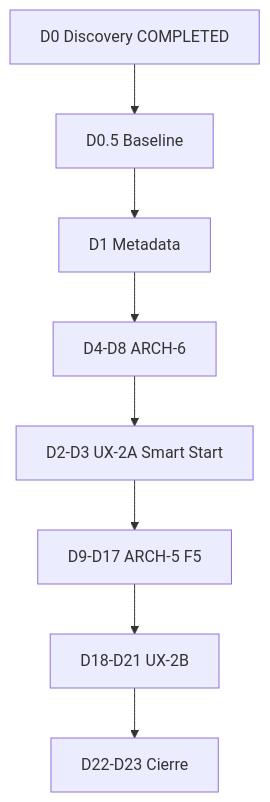
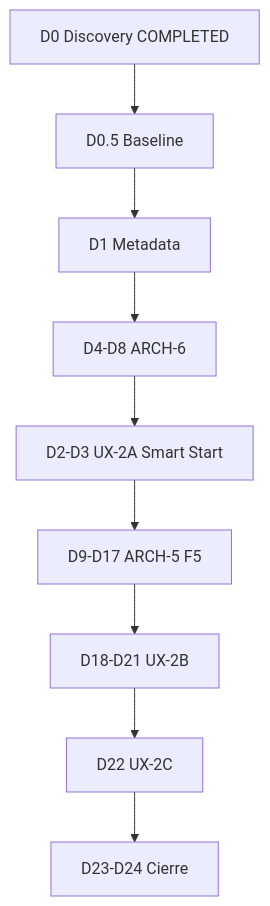
One commit to ssalguero/scientific-graph-ai changed the second of 2 diagrams in PROJECT_DISCOVERY_PROD_2D.md. Above: the diagram before and after it, drawn with Mermaid. The commit also changed other lines of this file and 24 other files, not shown here.

````diff
--- a/PROJECT_DISCOVERY_PROD_2D.md
+++ b/PROJECT_DISCOVERY_PROD_2D.md
@@ -388,12 +412,13 @@
 ```mermaid
 flowchart TD
   D0[D0 Discovery COMPLETED]
   D05[D0.5 Baseline]
   D1[D1 Metadata]
   D4[D4-D8 ARCH-6]
   D2[D2-D3 UX-2A Smart Start]
   D9[D9-D17 ARCH-5 F5]
   D18[D18-D21 UX-2B]
-  D22[D22-D23 Cierre]
-  D0 --> D05 --> D1 --> D4 --> D2 --> D9 --> D18 --> D22
+  D22[D22 UX-2C]
+  D23[D23-D24 Cierre]
+  D0 --> D05 --> D1 --> D4 --> D2 --> D9 --> D18 --> D22 --> D23
 ```
````
